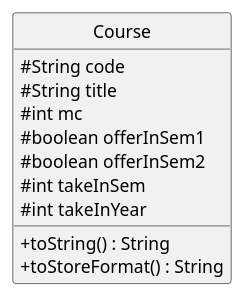
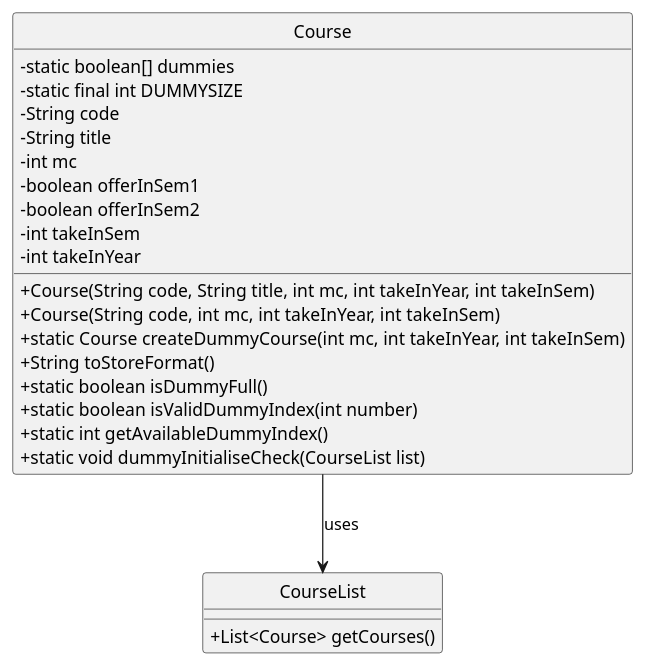
The diagram in docs/class_diagrams/CourseClassDiagram.puml (SahejAgarwal05/tp), drawn with PlantUML before and after one commit. The commit also changed 9 other files, not shown here.

```diff
--- a/docs/class_diagrams/CourseClassDiagram.puml
+++ b/docs/class_diagrams/CourseClassDiagram.puml
@@ -1,18 +1,29 @@
 @startuml
-'https://plantuml.com/class-diagram
 hide circle
 skinparam classAttributeIconSize 0
+class Course {
+    - static boolean[] dummies
+    - static final int DUMMYSIZE
+    - String code
+    - String title
+    - int mc
+    - boolean offerInSem1
+    - boolean offerInSem2
+    - int takeInSem
+    - int takeInYear
 
-class Course {
-#String code
-#String title
-#int mc
-#boolean offerInSem1
-#boolean offerInSem2
-#int takeInSem
-#int takeInYear
-+toString() : String
-+toStoreFormat() : String
+    + Course(String code, String title, int mc, int takeInYear, int takeInSem)
+    + Course(String code, int mc, int takeInYear, int takeInSem)
+    + static Course createDummyCourse(int mc, int takeInYear, int takeInSem)
+    + String toStoreFormat()
+    + static boolean isDummyFull()
+    + static boolean isValidDummyIndex(int number)
+    + static int getAvailableDummyIndex()
+    + static void dummyInitialiseCheck(CourseList list)
 }
 
+class CourseList {
+    + List<Course> getCourses()
+}
+Course --> CourseList : uses
 @enduml
```
